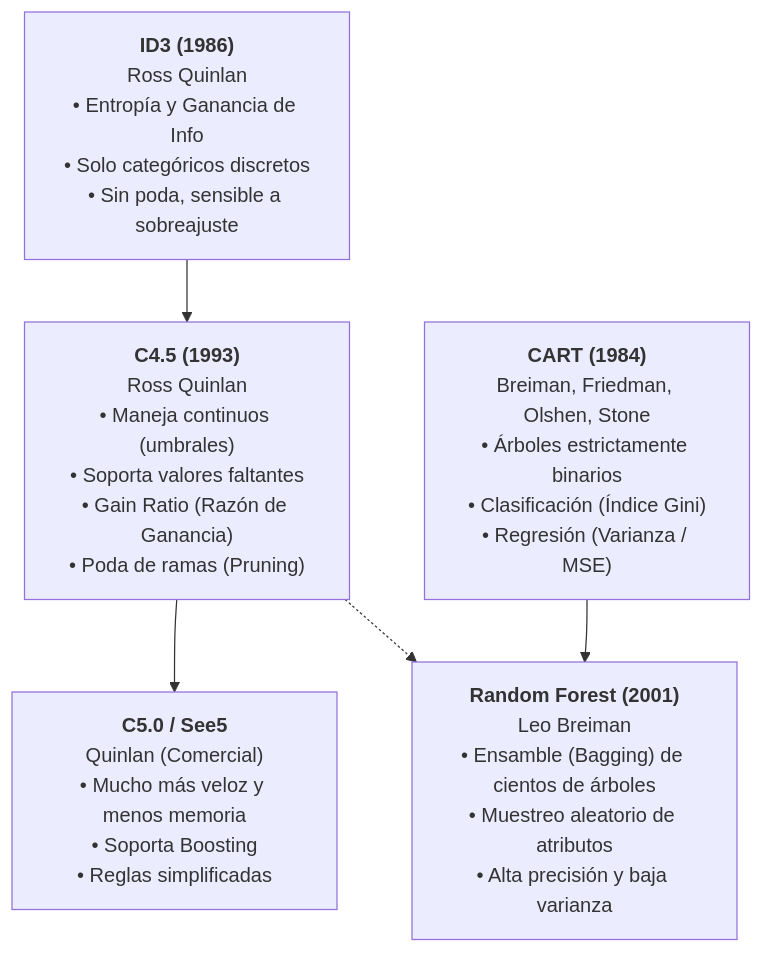
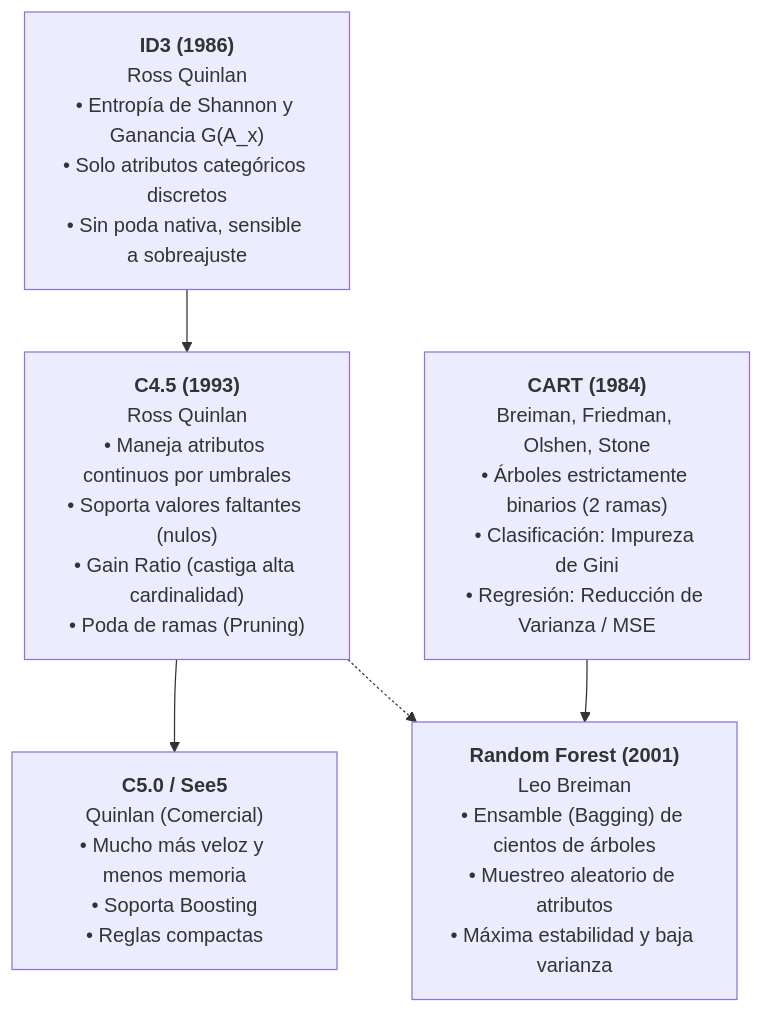
Before and after one commit to Eddyfals0/notas-obsidia-oto-o-2026: the second of 4 diagrams in minería de datos/20. Árboles de Decisión, Algoritmo ID3, Entropía de Shannon y Ganancia de Información.md, drawn with Mermaid. The commit also changed other lines of this file and 1 other file, not shown here.

Commit message:
docs(mineria): reestructurar pedagogicamente Nota 20 - justificar formula de entropia, definir cardinalidad antes de usarla y contextualizar ejemplos iniciales

````diff
--- a/minería de datos/20. Árboles de Decisión, Algoritmo ID3, Entropía de Shannon y Ganancia de Información.md
+++ b/minería de datos/20. Árboles de Decisión, Algoritmo ID3, Entropía de Shannon y Ganancia de Información.md
@@ -93,16 +207,16 @@
 ```mermaid
 flowchart TD
-    ID3["<b>ID3 (1986)</b><br>Ross Quinlan<br>• Entropía y Ganancia de Info<br>• Solo categóricos discretos<br>• Sin poda, sensible a sobreajuste"]
+    ID3["<b>ID3 (1986)</b><br>Ross Quinlan<br>• Entropía de Shannon y Ganancia G(A_x)<br>• Solo atributos categóricos discretos<br>• Sin poda nativa, sensible a sobreajuste"]
     
-    C45["<b>C4.5 (1993)</b><br>Ross Quinlan<br>• Maneja continuos (umbrales)<br>• Soporta valores faltantes<br>• Gain Ratio (Razón de Ganancia)<br>• Poda de ramas (Pruning)"]
+    C45["<b>C4.5 (1993)</b><br>Ross Quinlan<br>• Maneja atributos continuos por umbrales<br>• Soporta valores faltantes (nulos)<br>• Gain Ratio (castiga alta cardinalidad)<br>• Poda de ramas (Pruning)"]
     
-    C50["<b>C5.0 / See5</b><br>Quinlan (Comercial)<br>• Mucho más veloz y menos memoria<br>• Soporta Boosting<br>• Reglas simplificadas"]
+    C50["<b>C5.0 / See5</b><br>Quinlan (Comercial)<br>• Mucho más veloz y menos memoria<br>• Soporta Boosting<br>• Reglas compactas"]
     
-    CART["<b>CART (1984)</b><br>Breiman, Friedman, Olshen, Stone<br>• Árboles estrictamente binarios<br>• Clasificación (Índice Gini)<br>• Regresión (Varianza / MSE)"]
+    CART["<b>CART (1984)</b><br>Breiman, Friedman, Olshen, Stone<br>• Árboles estrictamente binarios (2 ramas)<br>• Clasificación: Impureza de Gini<br>• Regresión: Reducción de Varianza / MSE"]
     
-    RF["<b>Random Forest (2001)</b><br>Leo Breiman<br>• Ensamble (Bagging) de cientos de árboles<br>• Muestreo aleatorio de atributos<br>• Alta precisión y baja varianza"]
+    RF["<b>Random Forest (2001)</b><br>Leo Breiman<br>• Ensamble (Bagging) de cientos de árboles<br>• Muestreo aleatorio de atributos<br>• Máxima estabilidad y baja varianza"]
 
     ID3 --> C45 --> C50
     CART --> RF
     C45 -.-> RF
 ```
````
